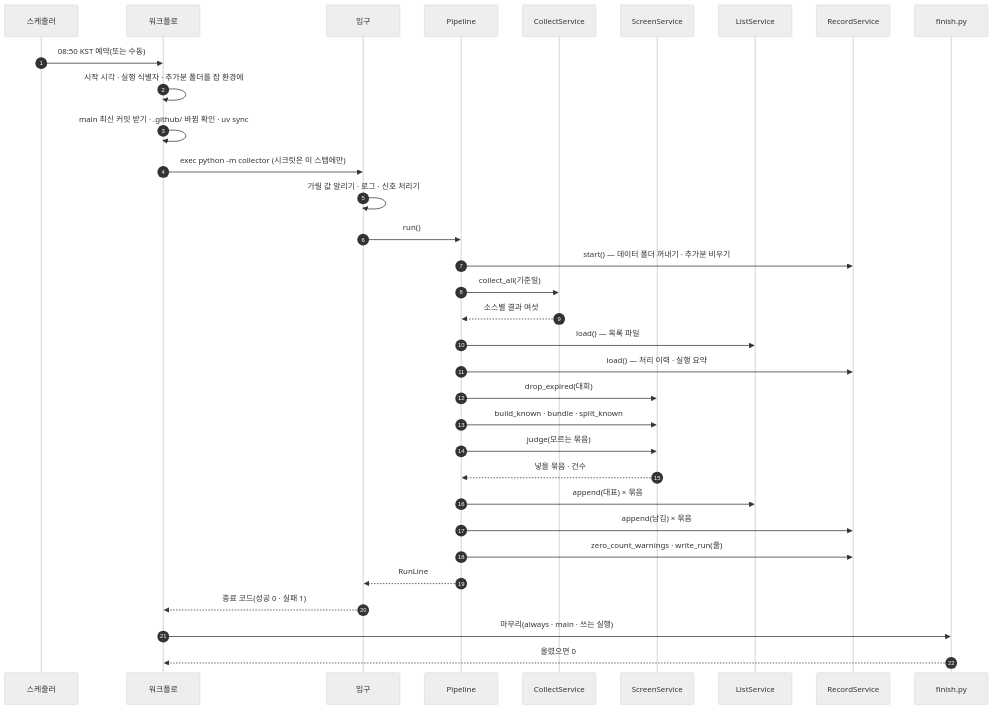
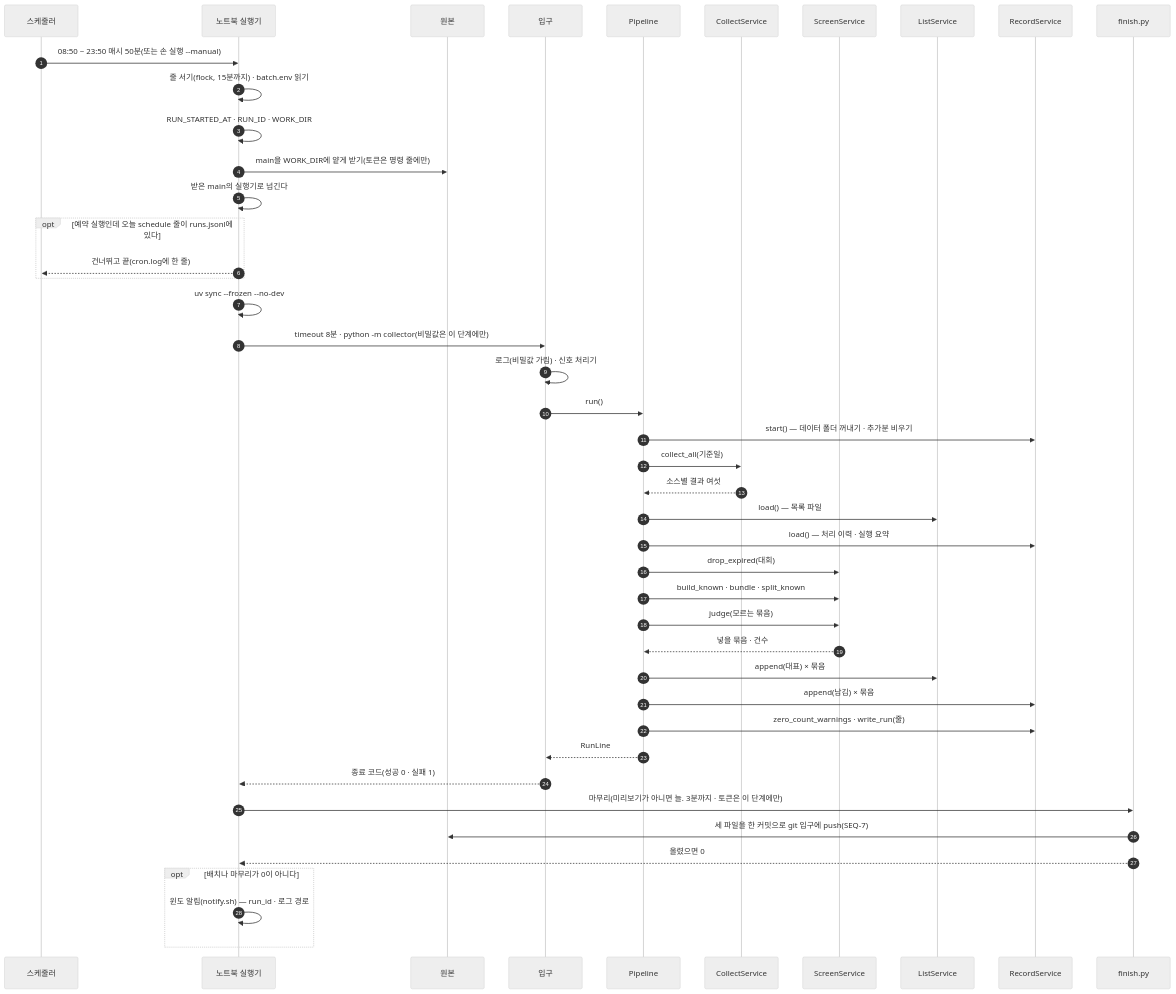
Before and after one commit to HoyoungParkme/competition-crawler: the first of 11 diagrams in docs/specs/09-SEQ/CCR-SEQ-001.md, drawn with Mermaid (neutral theme). The commit also changed other lines of this file, not shown here.

First line of the commit message:
spec(CCR-SEQ-001): SEQ-1·7·8·10·11을 노트북 실행기와 페이지 서버로, SEQ-12를 폐기한다

````diff
--- a/docs/specs/09-SEQ/CCR-SEQ-001.md
+++ b/docs/specs/09-SEQ/CCR-SEQ-001.md
@@ -48,35 +48,46 @@
 ```mermaid
 sequenceDiagram
     autonumber
-    participant GH as 스케줄러
-    participant WF as 워크플로
+    participant CR as 스케줄러
+    participant DS as 노트북 실행기
+    participant G as 원본
     participant M as 입구
     participant P as Pipeline
     participant CS as CollectService
     participant SS as ScreenService
     participant LS as ListService
     participant RS as RecordService
     participant F as finish.py
-    GH->>WF: 08:50 KST 예약(또는 수동)
-    WF->>WF: 시작 시각 · 실행 식별자 · 추가분 폴더를 잡 환경에
-    WF->>WF: main 최신 커밋 받기 · .github/ 바뀜 확인 · uv sync
-    WF->>M: exec python -m collector (시크릿은 이 스텝에만)
-    M->>M: 가릴 값 알리기 · 로그 · 신호 처리기
+    CR->>DS: 08:50 ~ 23:50 매시 50분(또는 손 실행 --manual)
+    DS->>DS: 줄 서기(flock, 15분까지) · batch.env 읽기
+    DS->>DS: RUN_STARTED_AT · RUN_ID · WORK_DIR
+    DS->>G: main을 WORK_DIR에 얕게 받기(토큰은 명령 줄에만)
+    DS->>DS: 받은 main의 실행기로 넘긴다
+    opt 예약 실행인데 오늘 schedule 줄이 runs.jsonl에 있다
+        DS-->>CR: 건너뛰고 끝(cron.log에 한 줄)
+    end
+    DS->>DS: uv sync --frozen --no-dev
+    DS->>M: timeout 8분 · python -m collector(비밀값은 이 단계에만)
+    M->>M: 로그(비밀값 가림) · 신호 처리기
     M->>P: run()
     P->>RS: start() — 데이터 폴더 꺼내기 · 추가분 비우기
     P->>CS: collect_all(기준일)
     CS-->>P: 소스별 결과 여섯
     P->>LS: load() — 목록 파일
     P->>RS: load() — 처리 이력 · 실행 요약
     P->>SS: drop_expired(대회)
     P->>SS: build_known · bundle · split_known
     P->>SS: judge(모르는 묶음)
     SS-->>P: 넣을 묶음 · 건수
     P->>LS: append(대표) × 묶음
     P->>RS: append(남김) × 묶음
     P->>RS: zero_count_warnings · write_run(줄)
     P-->>M: RunLine
-    M-->>WF: 종료 코드(성공 0 · 실패 1)
-    WF->>F: 마무리(always · main · 쓰는 실행)
-    F-->>WF: 올렸으면 0
+    M-->>DS: 종료 코드(성공 0 · 실패 1)
+    DS->>F: 마무리(미리보기가 아니면 늘. 3분까지 · 토큰은 이 단계에만)
+    F->>G: 세 파일을 한 커밋으로 git 입구에 push(SEQ-7)
+    F-->>DS: 올렸으면 0
+    opt 배치나 마무리가 0이 아니다
+        DS->>DS: 윈도 알림(notify.sh) — run_id · 로그 경로
+    end
 ```
````
